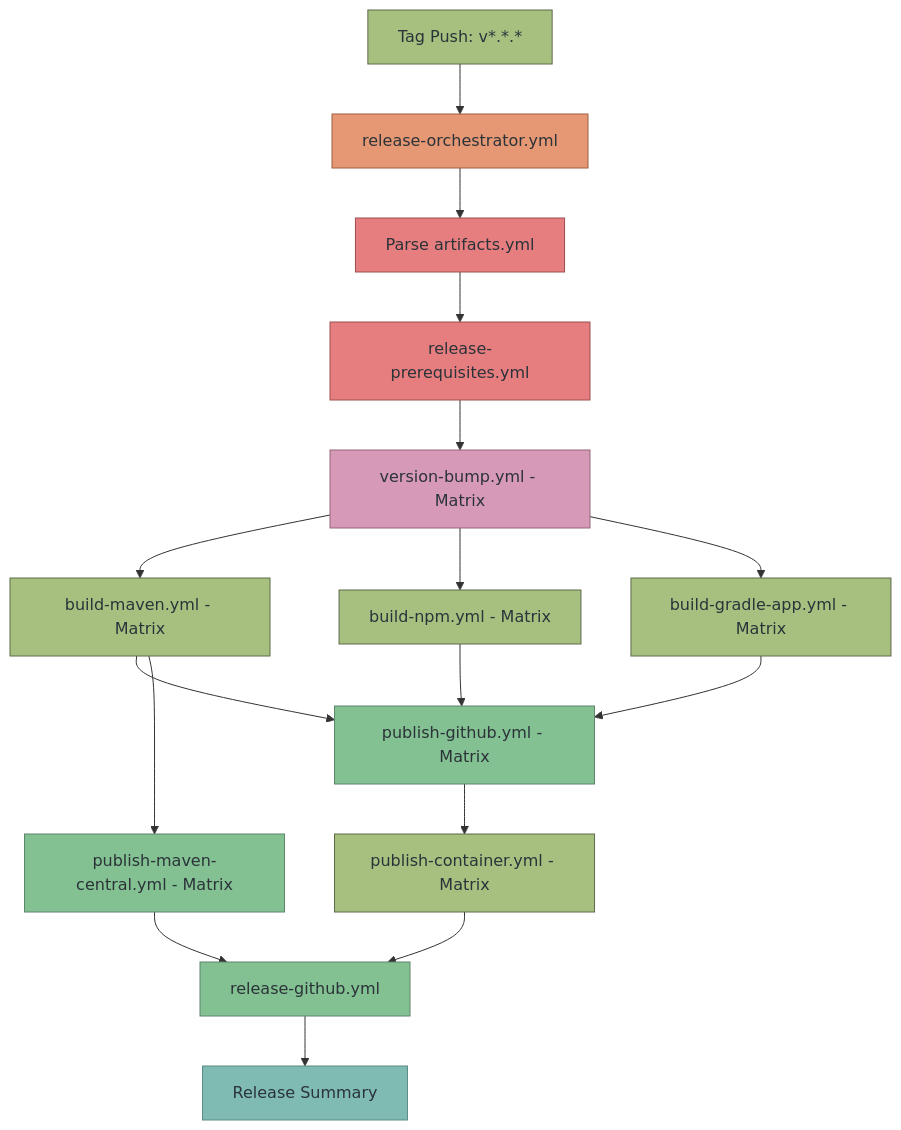
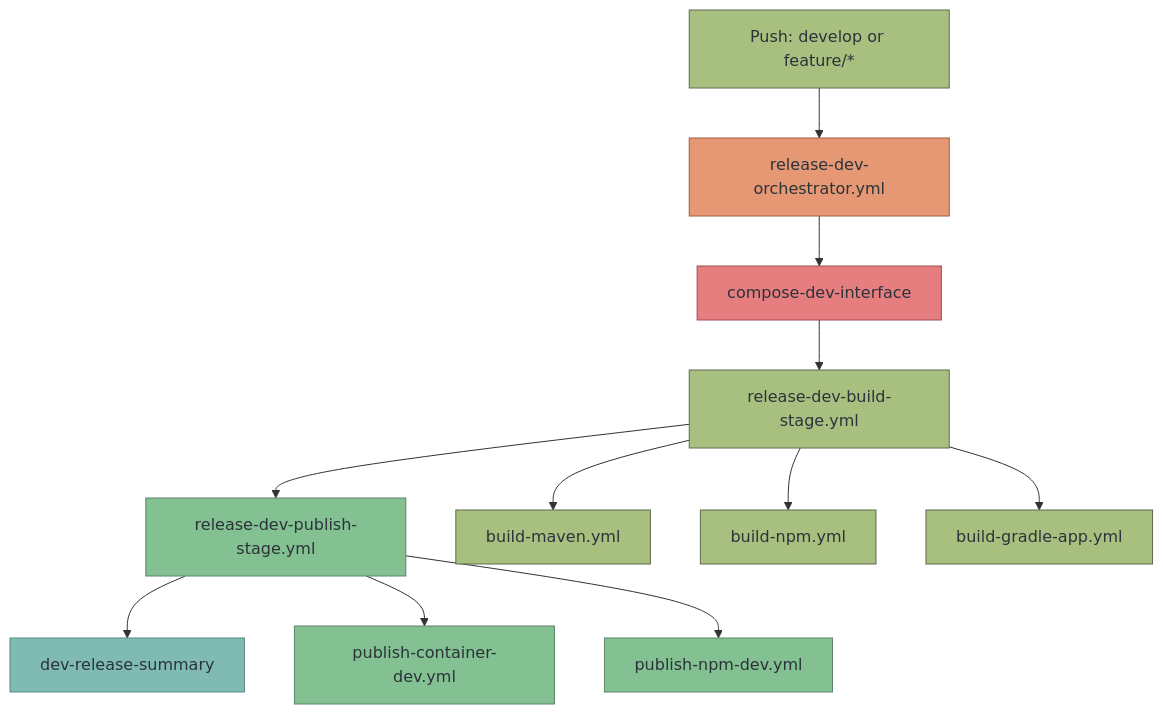
The third of 7 diagrams in docs/workflows.md (diggsweden/reusable-ci), drawn with Mermaid before and after one commit. The commit also changed other lines of this file and 237 other files, not shown here.

````diff
--- a/docs/workflows.md
+++ b/docs/workflows.md
@@ -36,38 +199,27 @@
 ```mermaid
 graph TD
-    A[Tag Push: v*.*.* ] --> B[release-orchestrator.yml]
-    B --> C[Parse artifacts.yml]
-    C --> D[release-prerequisites.yml]
-    D --> E[version-bump.yml - Matrix]
+    A[Push: develop or feature/*] --> B[release-dev-orchestrator.yml]
+    B --> C[compose-dev-interface]
+    C --> D[release-dev-build-stage.yml]
+    D --> E[release-dev-publish-stage.yml]
+    E --> F[dev-release-summary]
 
-    E --> F[build-maven.yml - Matrix]
-    E --> G[build-npm.yml - Matrix]
-    E --> H[build-gradle-app.yml - Matrix]
+    D --> G[build-maven.yml]
+    D --> H[build-npm.yml]
+    D --> I[build-gradle-app.yml]
 
-    F --> I[publish-github.yml - Matrix]
-    G --> I
-    H --> I
-
-    F --> J[publish-maven-central.yml - Matrix]
-
-    I --> K[publish-container.yml - Matrix]
-
-    K --> L[release-github.yml]
-    J --> L
-
-    L --> M[Release Summary]
+    E --> J[publish-container-dev.yml]
+    E --> K[publish-npm-dev.yml]
 
     style A fill:#a7c080,stroke:#5c6a4a,color:#2b3339
     style B fill:#e69875,stroke:#9d5c41,color:#2b3339
     style C fill:#e67e80,stroke:#9d4f50,color:#2b3339
-    style D fill:#e67e80,stroke:#9d4f50,color:#2b3339
-    style E fill:#d699b6,stroke:#93647c,color:#2b3339
-    style F fill:#a7c080,stroke:#5c6a4a,color:#2b3339
+    style D fill:#a7c080,stroke:#5c6a4a,color:#2b3339
+    style E fill:#83c092,stroke:#5c856a,color:#2b3339
+    style F fill:#7fbbb3,stroke:#5a8a82,color:#2b3339
     style G fill:#a7c080,stroke:#5c6a4a,color:#2b3339
     style H fill:#a7c080,stroke:#5c6a4a,color:#2b3339
-    style I fill:#83c092,stroke:#5c856a,color:#2b3339
+    style I fill:#a7c080,stroke:#5c6a4a,color:#2b3339
     style J fill:#83c092,stroke:#5c856a,color:#2b3339
-    style K fill:#a7c080,stroke:#5c6a4a,color:#2b3339
-    style L fill:#83c092,stroke:#5c856a,color:#2b3339
-    style M fill:#7fbbb3,stroke:#5a8a82,color:#2b3339
+    style K fill:#83c092,stroke:#5c856a,color:#2b3339
 ```
````
